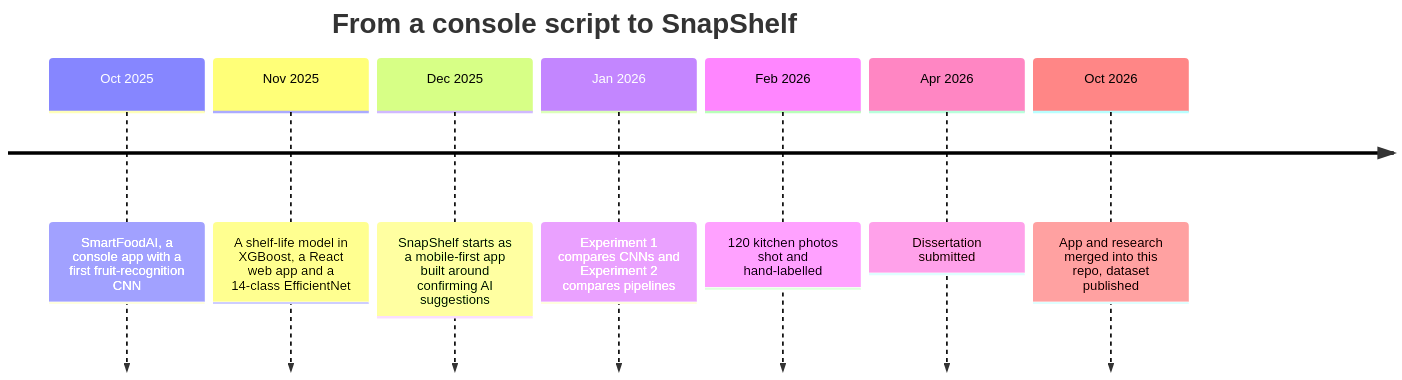
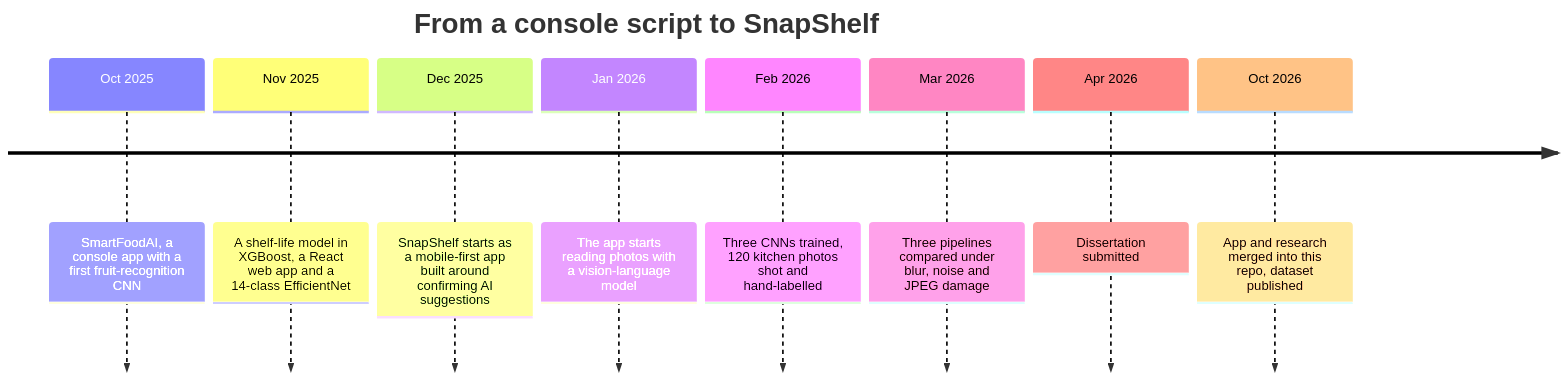
Before and after one commit to omorros/SnapShelf: the fourth of 4 diagrams in README.md, drawn with Mermaid. The commit also changed other lines of this file and 5 other files, not shown here.

````diff
--- a/README.md
+++ b/README.md
@@ -166,11 +170,12 @@
 ```mermaid
 timeline
     title From a console script to SnapShelf
     Oct 2025 : SmartFoodAI, a console app with a first fruit-recognition CNN
     Nov 2025 : A shelf-life model in XGBoost, a React web app and a 14-class EfficientNet
     Dec 2025 : SnapShelf starts as a mobile-first app built around confirming AI suggestions
-    Jan 2026 : Experiment 1 compares CNNs and Experiment 2 compares pipelines
-    Feb 2026 : 120 kitchen photos shot and hand-labelled
+    Jan 2026 : The app starts reading photos with a vision-language model
+    Feb 2026 : Three CNNs trained, 120 kitchen photos shot and hand-labelled
+    Mar 2026 : Three pipelines compared under blur, noise and JPEG damage
     Apr 2026 : Dissertation submitted
     Oct 2026 : App and research merged into this repo, dataset published
 ```
````
